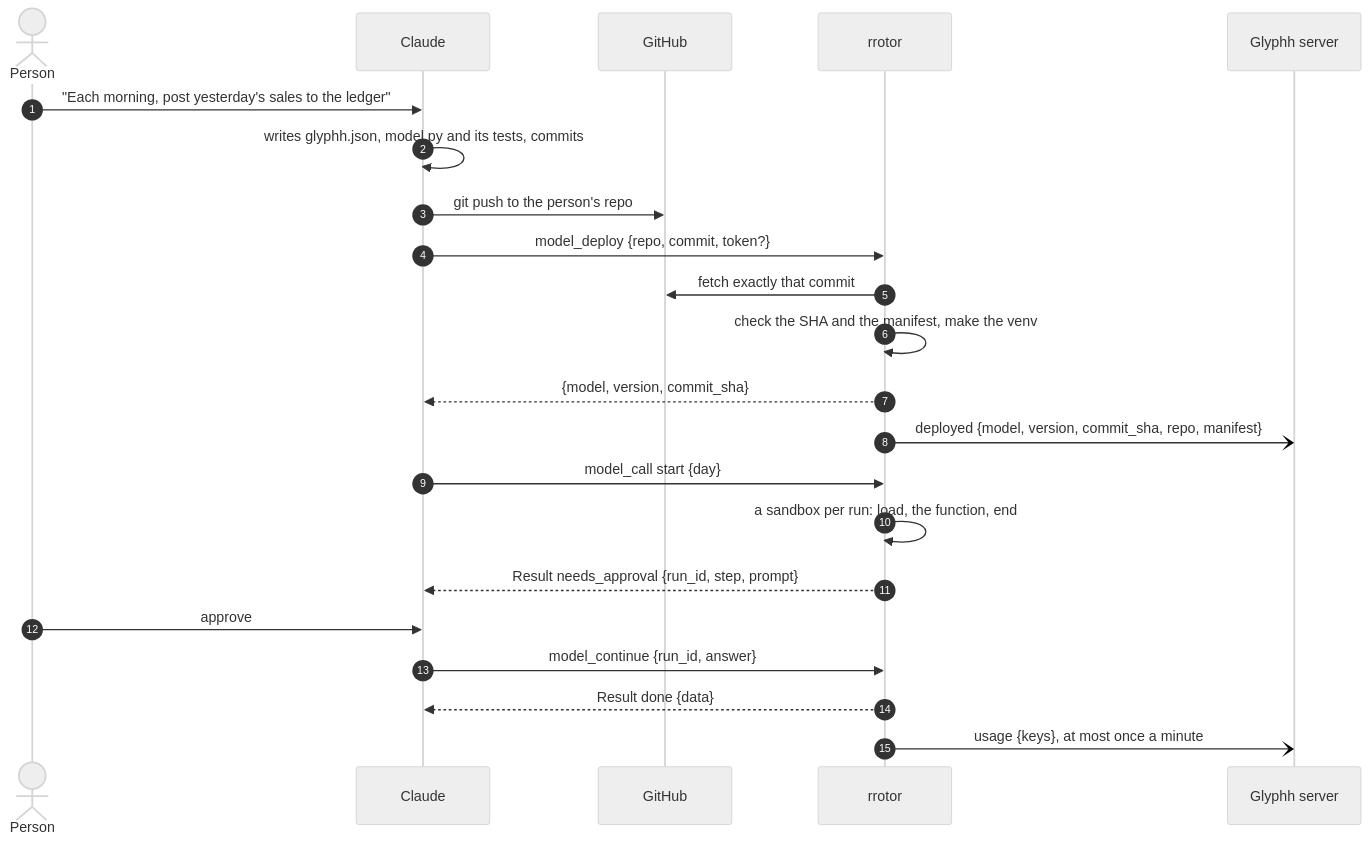
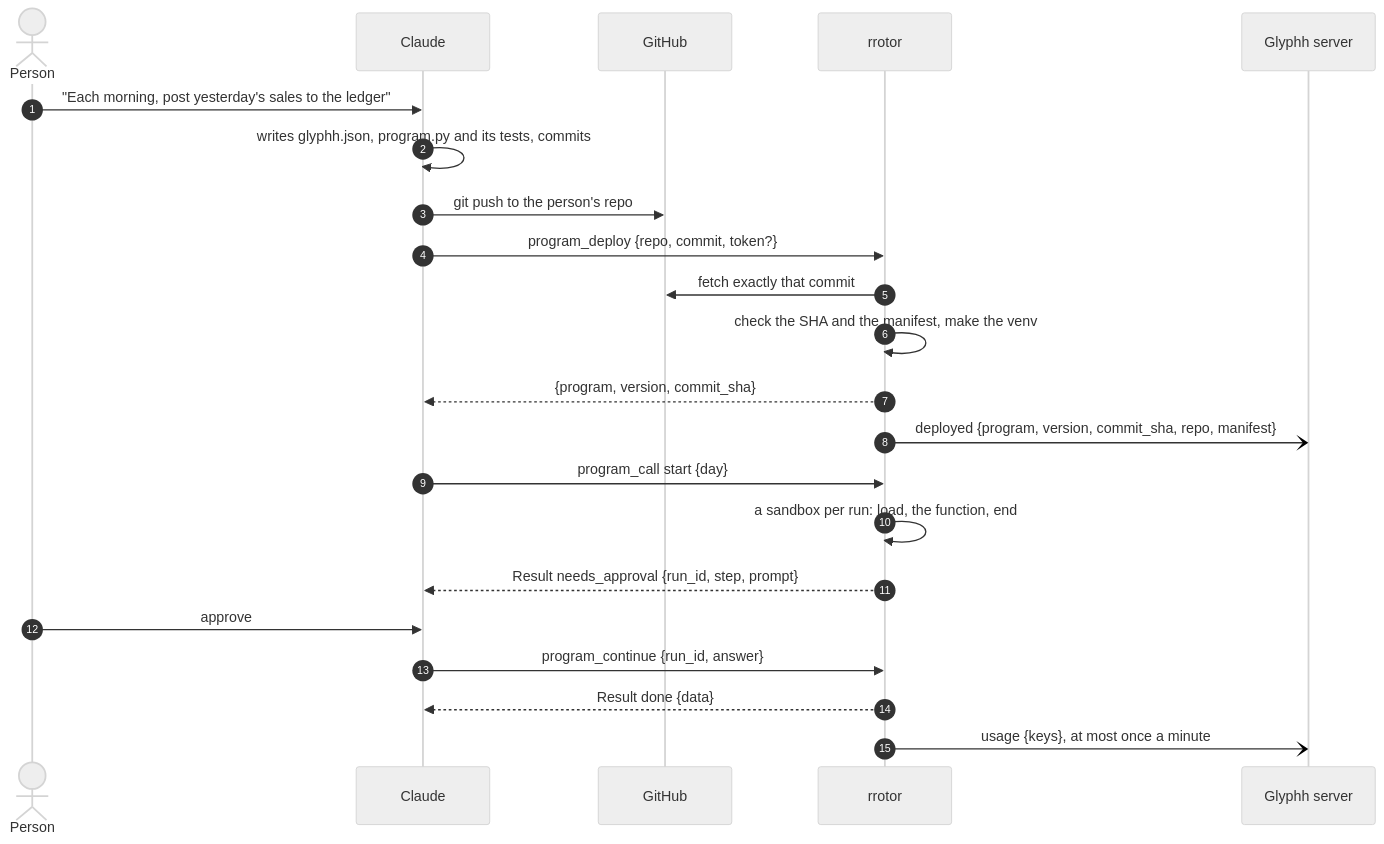
Before and after one commit to glyphh-ai/rrotor: the second of 5 diagrams in docs/architecture.md, drawn with Mermaid (neutral theme). The commit also changed other lines of this file and 98 other files, not shown here.

First line of the commit message:
Rename model back to program: rrotor runs programs, never Ada models

````diff
--- a/docs/architecture.md
+++ b/docs/architecture.md
@@ -85,24 +85,24 @@
 ```mermaid
 sequenceDiagram
     autonumber
     actor P as Person
     participant C as Claude
     participant GH as GitHub
     participant R as rrotor
     participant G as Glyphh server
     P->>C: "Each morning, post yesterday's sales to the ledger"
-    C->>C: writes glyphh.json, model.py and its tests, commits
+    C->>C: writes glyphh.json, program.py and its tests, commits
     C->>GH: git push to the person's repo
-    C->>R: model_deploy {repo, commit, token?}
+    C->>R: program_deploy {repo, commit, token?}
     R->>GH: fetch exactly that commit
     R->>R: check the SHA and the manifest, make the venv
-    R-->>C: {model, version, commit_sha}
-    R-)G: deployed {model, version, commit_sha, repo, manifest}
-    C->>R: model_call start {day}
+    R-->>C: {program, version, commit_sha}
+    R-)G: deployed {program, version, commit_sha, repo, manifest}
+    C->>R: program_call start {day}
     R->>R: a sandbox per run: load, the function, end
     R-->>C: Result needs_approval {run_id, step, prompt}
     P->>C: approve
-    C->>R: model_continue {run_id, answer}
+    C->>R: program_continue {run_id, answer}
     R-->>C: Result done {data}
     R-)G: usage {keys}, at most once a minute
 ```
````
